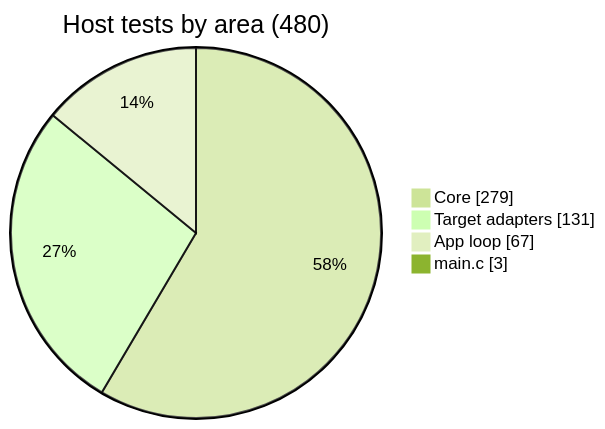
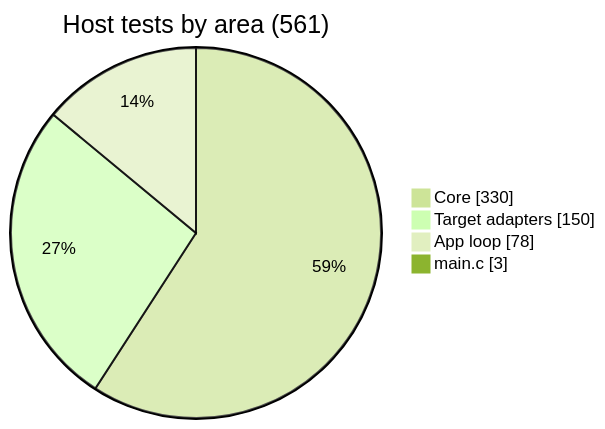
One commit to BonelessPig/nano_sequencer changed diagram 25 of 28 in docs/ARCHITECTURE.md. Above: the diagram before and after it, drawn with Mermaid (forest theme). The commit also changed other lines of this file and 46 other files, not shown here.

````diff
--- a/docs/ARCHITECTURE.md
+++ b/docs/ARCHITECTURE.md
@@ -1175,8 +1267,8 @@
 ```mermaid
 pie showData
-    title Host tests by area (480)
-    "Core" : 279
-    "Target adapters" : 131
-    "App loop" : 67
+    title Host tests by area (561)
+    "Core" : 330
+    "Target adapters" : 150
+    "App loop" : 78
     "main.c" : 3
 ```
````
